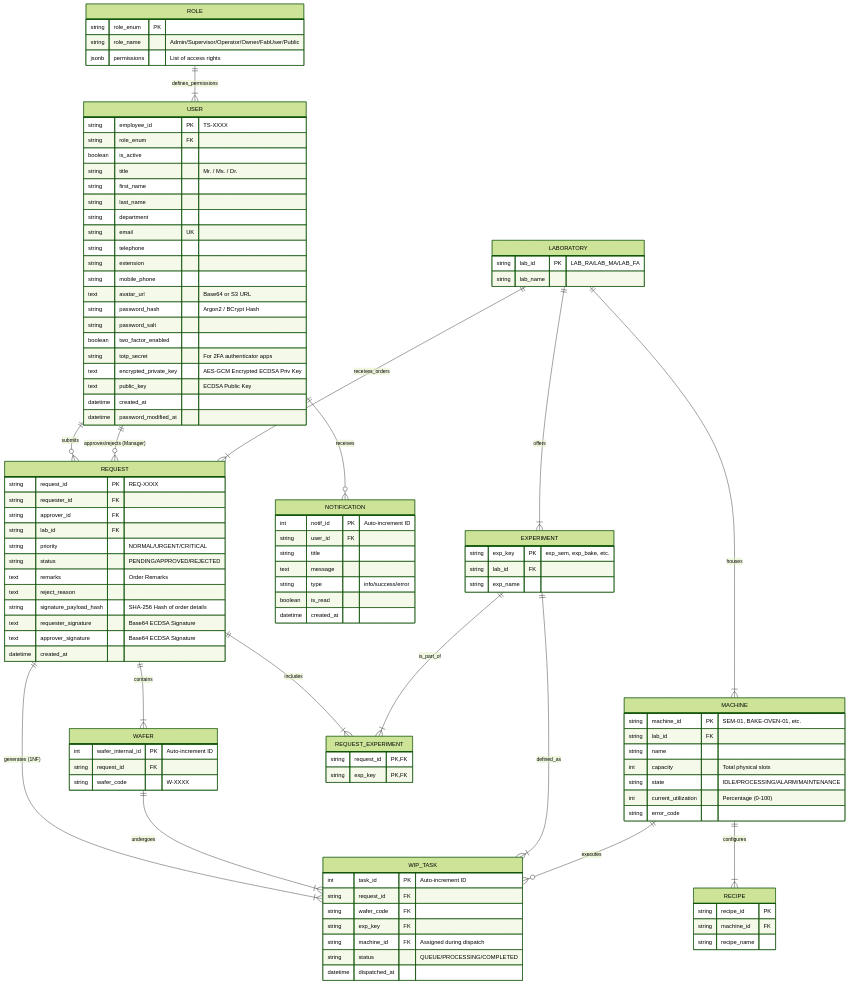
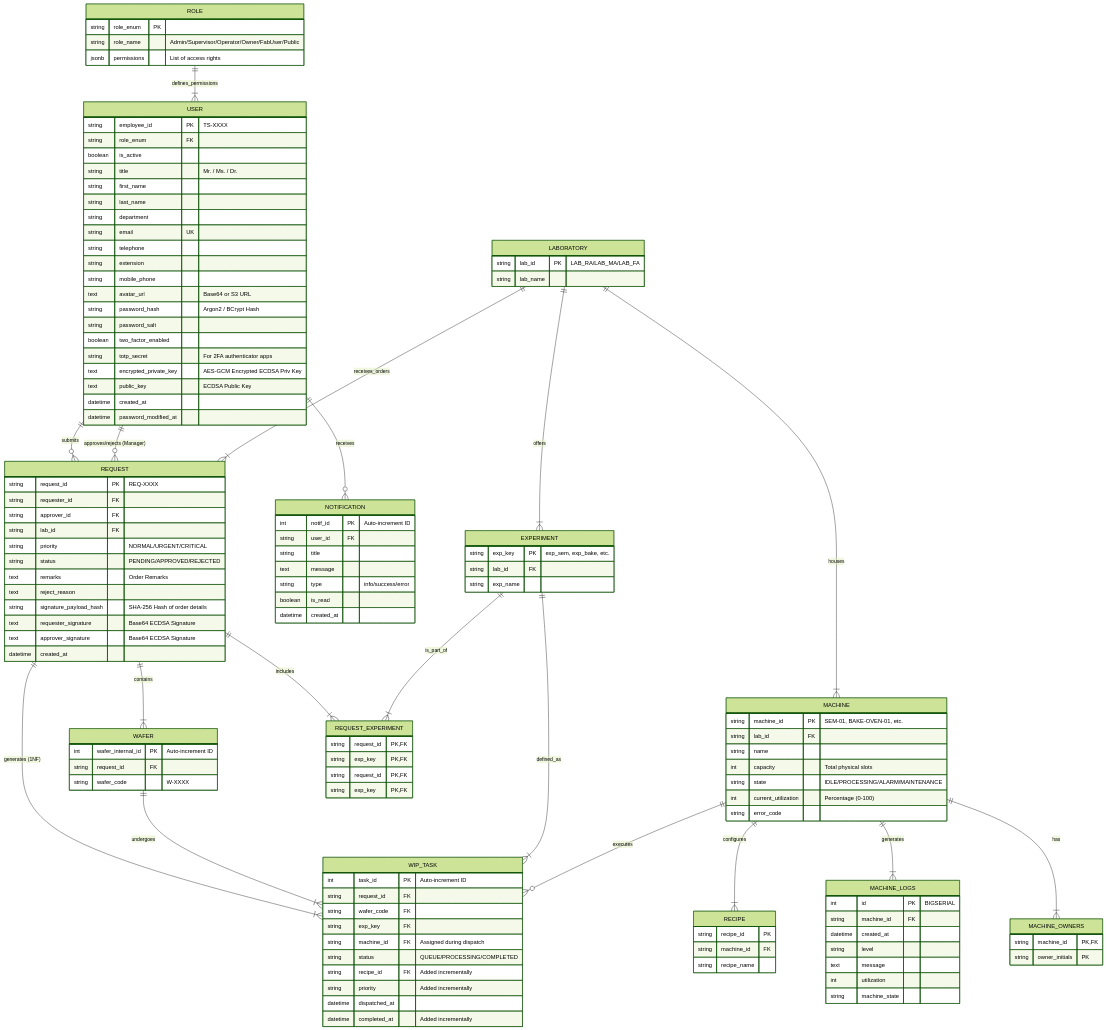
One commit to jasper-nycu/LIMS changed the diagram in docs/erd/lims-erd.md. Above: the diagram before and after it, drawn with Mermaid (forest theme).

Commit message:
docs(db): sync ERD with init.sql to include WIP_TASK expansions, MACHINE_LOGS, and MACHINE_OWNERS entities

```diff
--- a/docs/erd/lims-erd.md
+++ b/docs/erd/lims-erd.md
@@ -22,6 +22,8 @@
     
     MACHINE ||--o{ WIP_TASK : "executes"
     MACHINE ||--|{ RECIPE : "configures"
+    MACHINE ||--|{ MACHINE_LOGS : "generates"
+    MACHINE ||--|{ MACHINE_OWNERS : "has"
 
     %% ------------------------------------------
     %% Entity Definitions
@@ -103,7 +105,25 @@
         string exp_key FK
         string machine_id FK "Assigned during dispatch"
         string status "QUEUE/PROCESSING/COMPLETED"
+        string recipe_id FK "Added incrementally"
+        string priority "Added incrementally"
         datetime dispatched_at
+        datetime completed_at "Added incrementally"
+    }
+    
+    MACHINE_LOGS {
+        int id PK "BIGSERIAL"
+        string machine_id FK
+        datetime created_at
+        string level
+        text message
+        int utilization
+        string machine_state
+    }
+    
+    MACHINE_OWNERS {
+        string machine_id PK, FK
+        string owner_initials PK
     }
 
     MACHINE {
@@ -114,6 +134,11 @@
         string state "IDLE/PROCESSING/ALARM/MAINTENANCE"
         int current_utilization "Percentage (0-100)"
         string error_code
+    }
+
+    REQUEST_EXPERIMENT {
+        string request_id PK, FK
+        string exp_key PK, FK
     }
 
     RECIPE {
```
